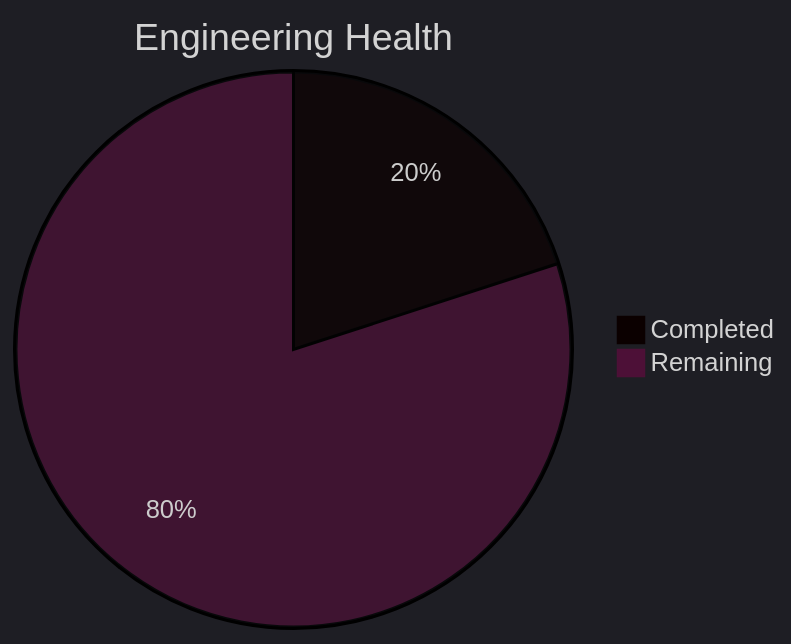
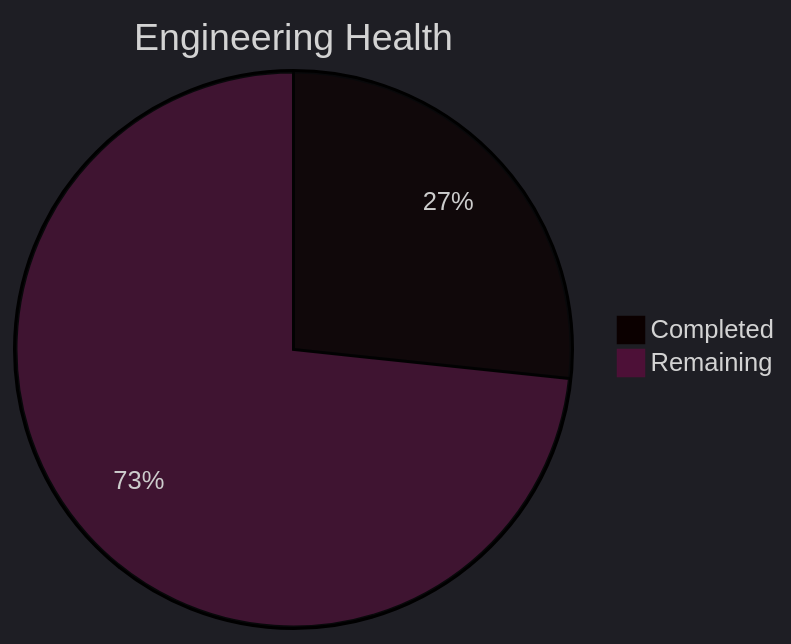
The third of 5 diagrams in tools/SK8Lytz_Bucket_List.md (Neogleamz/SK8Lytz), drawn with Mermaid before and after one commit. The commit also changed other lines of this file and 4 other files, not shown here.

````diff
--- a/tools/SK8Lytz_Bucket_List.md
+++ b/tools/SK8Lytz_Bucket_List.md
@@ -43,6 +42,6 @@
 ```mermaid
 %%{init: {'theme': 'dark'}}%%
 pie title Engineering Health
-  "Completed" : 3
-  "Remaining" : 12
+  "Completed" : 4
+  "Remaining" : 11
 ```
````
